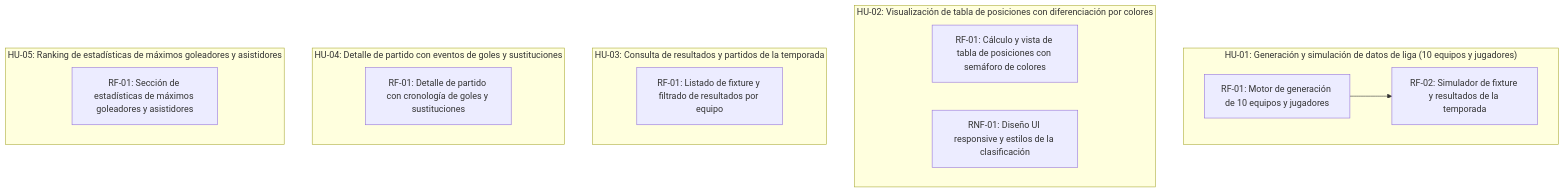
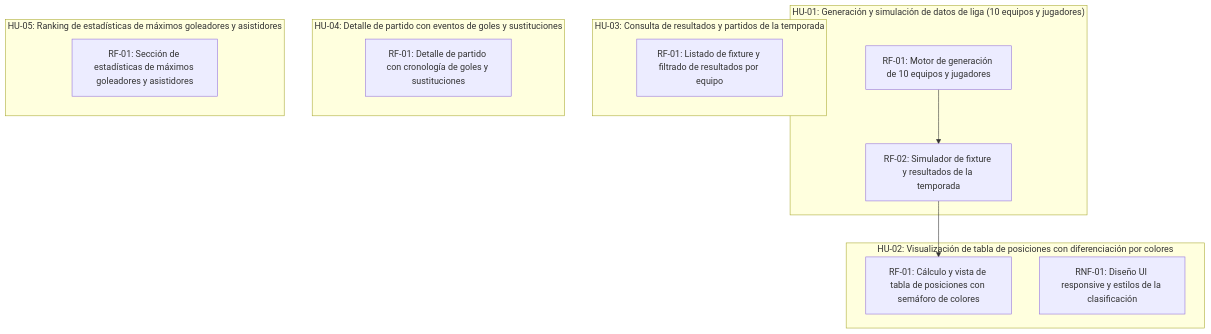
One commit to Agustin-PerezR/pruebas changed the diagram in scrumDocs/grafo.md. Above: the diagram before and after it, drawn with Mermaid. The commit also changed other lines of this file, not shown here.

````diff
--- a/scrumDocs/grafo.md
+++ b/scrumDocs/grafo.md
@@ -5,21 +5,22 @@
 ```mermaid
 graph TD
   subgraph US_1789500774004["HU-01: Generación y simulación de datos de liga (10 equipos y jugadores)"]
     REQ_1789501307396["RF-01: Motor de generación de 10 equipos y jugadores"]
     REQ_1789501323521["RF-02: Simulador de fixture y resultados de la temporada"]
   end
   subgraph US_1789500801469["HU-02: Visualización de tabla de posiciones con diferenciación por colores"]
     REQ_1789501339015["RF-01: Cálculo y vista de tabla de posiciones con semáforo de colores"]
     REQ_1789501354292["RNF-01: Diseño UI responsive y estilos de la clasificación"]
   end
   subgraph US_1789500818362["HU-03: Consulta de resultados y partidos de la temporada"]
     REQ_1789501384835["RF-01: Listado de fixture y filtrado de resultados por equipo"]
   end
   subgraph US_1789500834077["HU-04: Detalle de partido con eventos de goles y sustituciones"]
     REQ_1789501399433["RF-01: Detalle de partido con cronología de goles y sustituciones"]
   end
   subgraph US_1789500850317["HU-05: Ranking de estadísticas de máximos goleadores y asistidores"]
     REQ_1789501414613["RF-01: Sección de estadísticas de máximos goleadores y asistidores"]
   end
   REQ_1789501307396 --> REQ_1789501323521
+  REQ_1789501323521 --> REQ_1789501339015
 ```
````
